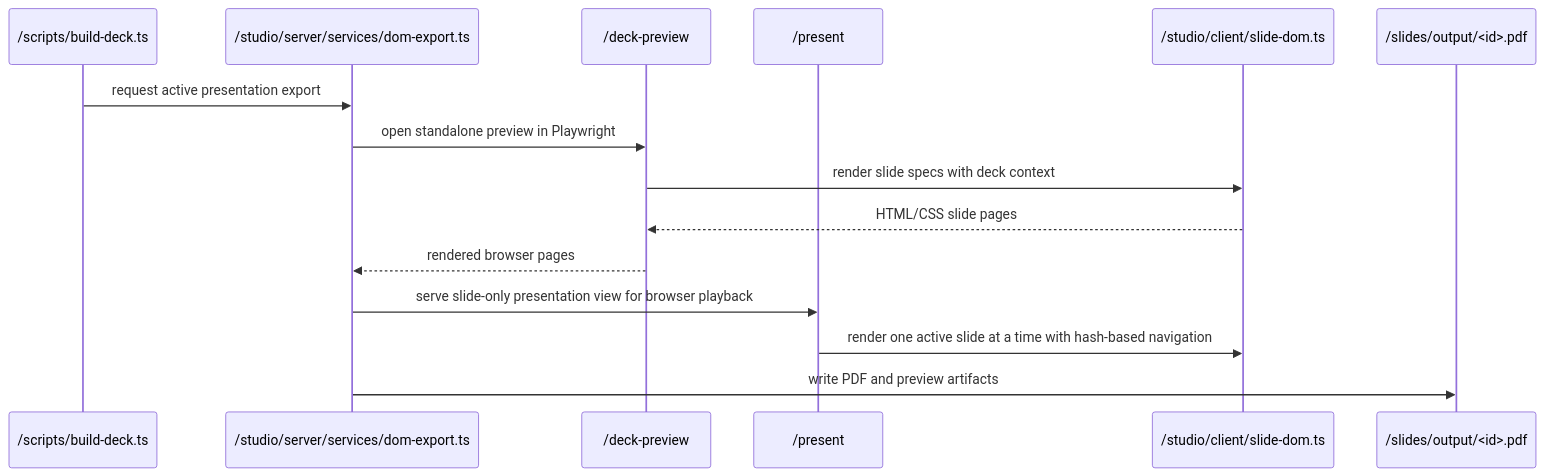
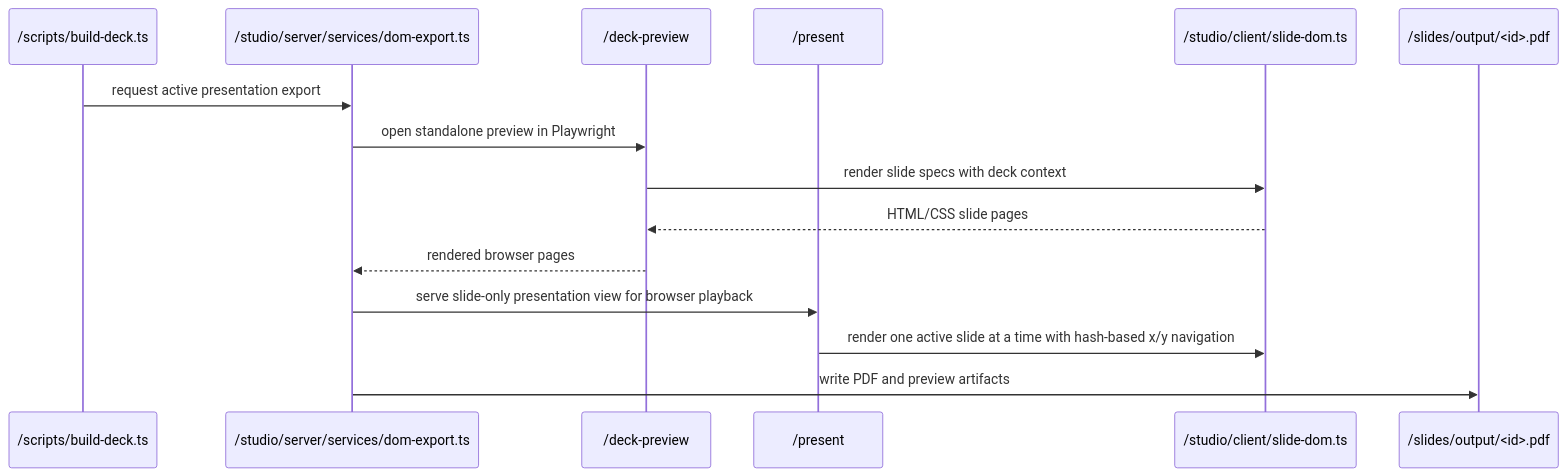
The third of 5 diagrams in docs/ARCHITECTURE.md (bebraw/slideotter), drawn with Mermaid before and after one commit. The commit also changed other lines of this file and 4 other files, not shown here.

````diff
--- a/docs/ARCHITECTURE.md
+++ b/docs/ARCHITECTURE.md
@@ -217,18 +217,18 @@
 ```mermaid
 sequenceDiagram
     participant Script as /scripts/build-deck.ts
     participant Server as /studio/server/services/dom-export.ts
     participant Preview as /deck-preview
     participant Present as /present
     participant DOM as /studio/client/slide-dom.ts
     participant PDF as /slides/output/<id>.pdf
 
     Script->>Server: request active presentation export
     Server->>Preview: open standalone preview in Playwright
     Preview->>DOM: render slide specs with deck context
     DOM-->>Preview: HTML/CSS slide pages
     Preview-->>Server: rendered browser pages
     Server->>Present: serve slide-only presentation view for browser playback
-    Present->>DOM: render one active slide at a time with hash-based navigation
+    Present->>DOM: render one active slide at a time with hash-based x/y navigation
     Server->>PDF: write PDF and preview artifacts
 ```
````
